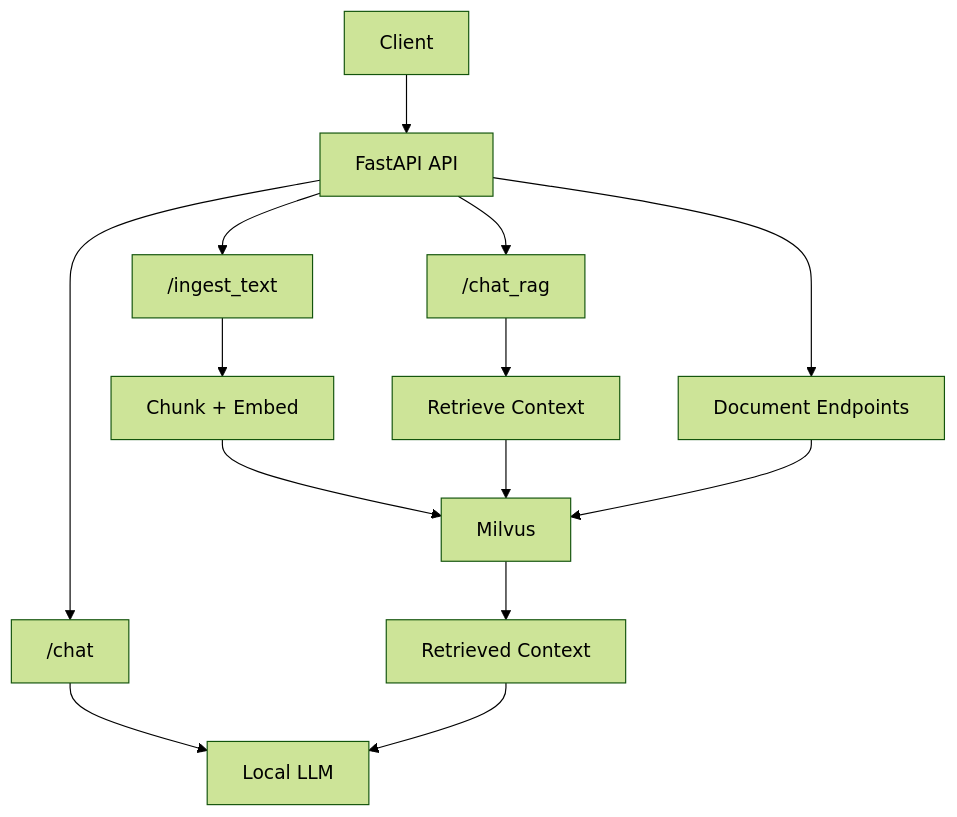
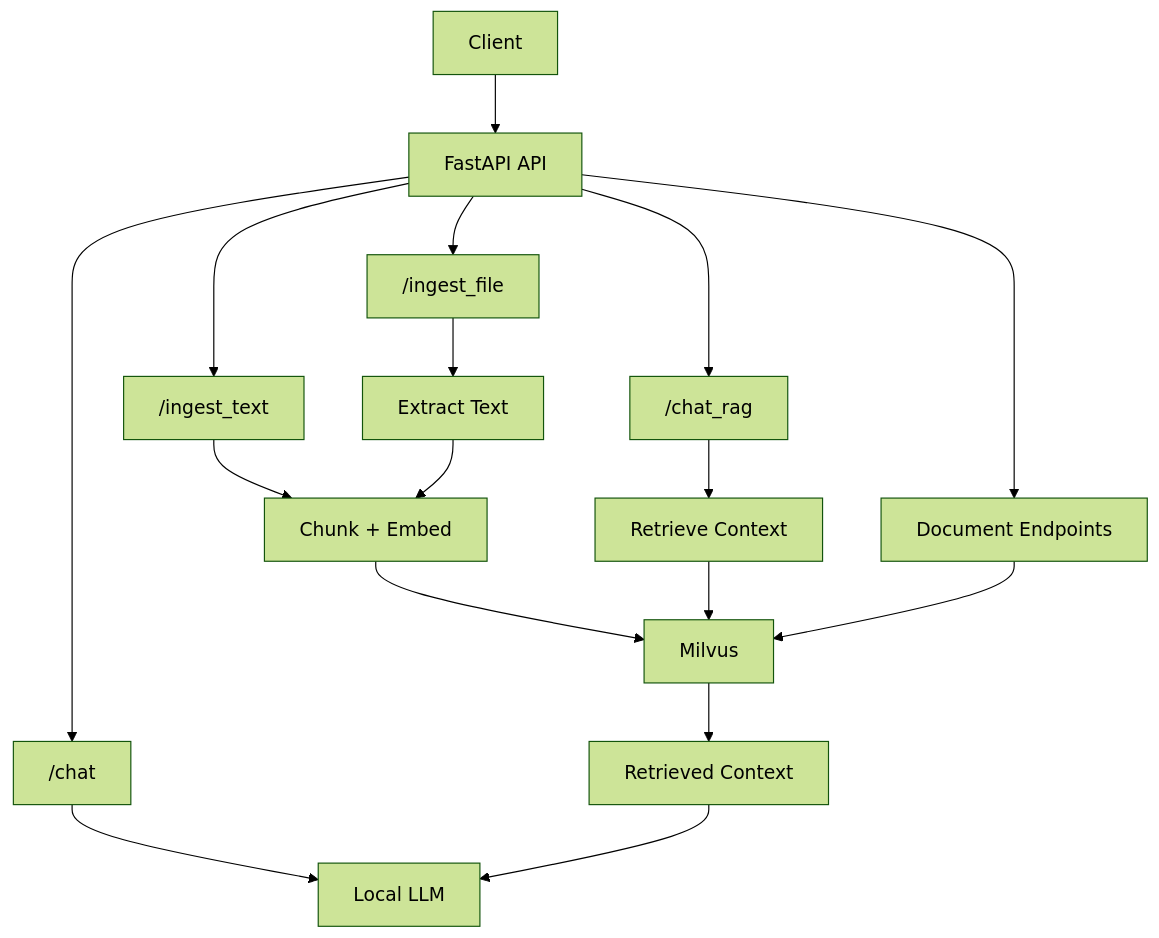
The diagram in README.md (RomanSafovich/llm-mini-server), drawn with Mermaid (forest theme) before and after one commit. The commit also changed other lines of this file, not shown here.

Commit message:
docs: document file ingestion support

````diff
--- a/README.md
+++ b/README.md
@@ -19,20 +19,25 @@
 ```mermaid
 graph TD
-       User["Client"] --> API["FastAPI API"]
+    User["Client"] --> API["FastAPI API"]
 
-       API --> Chat["/chat"]
-       Chat --> LLM["Local LLM"]
+    API --> Chat["/chat"]
+    Chat --> LLM["Local LLM"]
 
-       API --> Ingest["/ingest_text"]
-       Ingest --> Embed["Chunk + Embed"]
-       Embed --> Store["Milvus"]
+    API --> TextIngest["/ingest_text"]
+    TextIngest --> Embed["Chunk + Embed"]
 
-       API --> Rag["/chat_rag"]
-       Rag --> Retrieve["Retrieve Context"]
-       Retrieve --> Store
-       Store --> Context["Retrieved Context"]
-       Context --> LLM
+    API --> FileIngest["/ingest_file"]
+    FileIngest --> Extract["Extract Text"]
+    Extract --> Embed
 
-       API --> Docs["Document Endpoints"]
-       Docs --> Store
+    Embed --> Store["Milvus"]
+
+    API --> Rag["/chat_rag"]
+    Rag --> Retrieve["Retrieve Context"]
+    Retrieve --> Store
+    Store --> Context["Retrieved Context"]
+    Context --> LLM
+
+    API --> Docs["Document Endpoints"]
+    Docs --> Store
 ```
````
